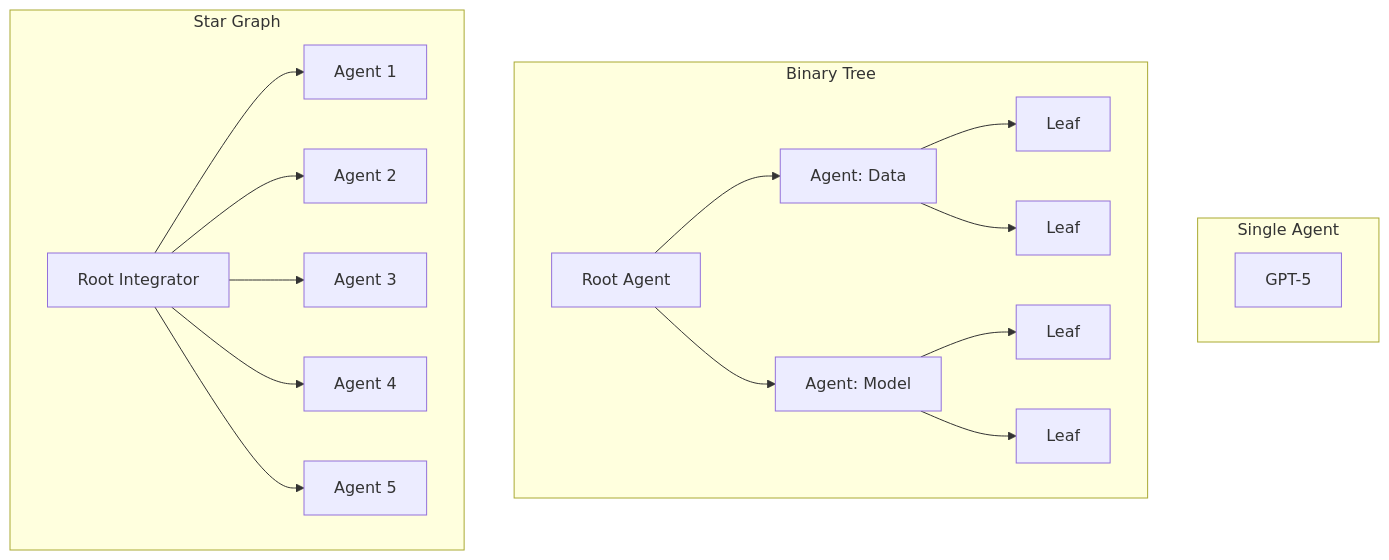
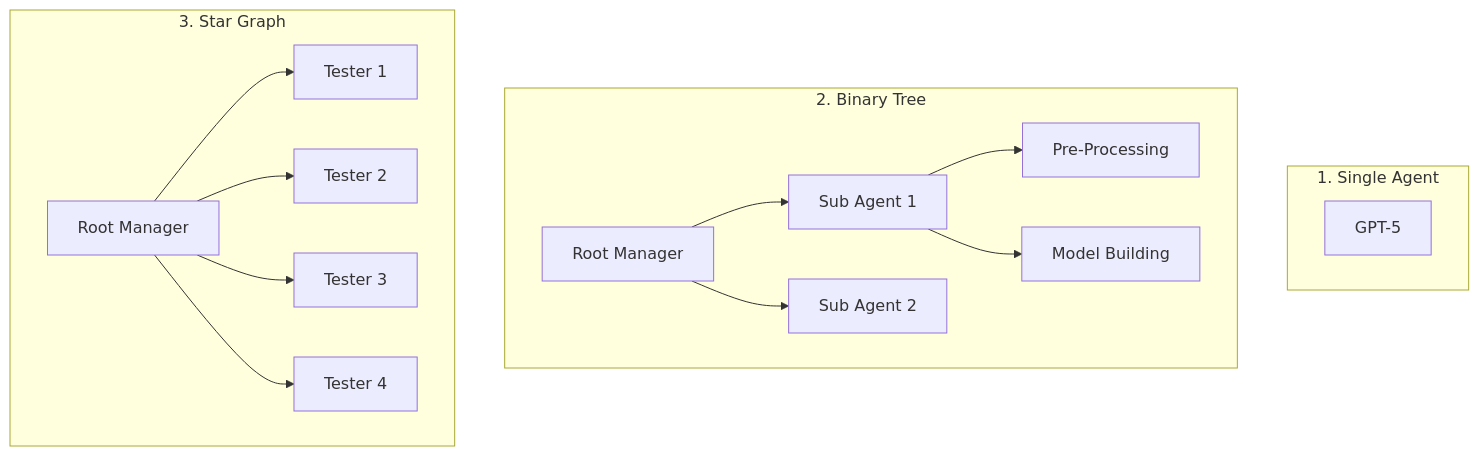
One commit to aryansi225/Learning_ai changed diagram 19 of 19 in AI Safety/CS2281.md. Above: the diagram before and after it, drawn with Mermaid. The commit also changed other lines of this file, not shown here.

````diff
--- a/AI Safety/CS2281.md
+++ b/AI Safety/CS2281.md
@@ -461,23 +463,20 @@
 ```mermaid
-flowchart TD
-    subgraph Single Agent
-    A[GPT-5]
+graph TD
+    subgraph 1. Single Agent
+        S1[GPT-5]
     end
 
-    subgraph Binary Tree
-    B[Root Agent] --> C[Agent: Data]
-    B --> D[Agent: Model]
-    C --> E[Leaf]
-    C --> F[Leaf]
-    D --> G[Leaf]
-    D --> H[Leaf]
+    subgraph 2. Binary Tree
+        B1[Root Manager] --> B2[Sub Agent 1]
+        B1 --> B3[Sub Agent 2]
+        B2 --> B4[Pre-Processing]
+        B2 --> B5[Model Building]
     end
 
-    subgraph Star Graph
-    I[Root Integrator] --> J[Agent 1]
-    I --> K[Agent 2]
-    I --> L[Agent 3]
-    I --> M[Agent 4]
-    I --> N[Agent 5]
+    subgraph 3. Star Graph
+        ST1[Root Manager] --> ST2[Tester 1]
+        ST1 --> ST3[Tester 2]
+        ST1 --> ST4[Tester 3]
+        ST1 --> ST5[Tester 4]
     end
 ```
````
